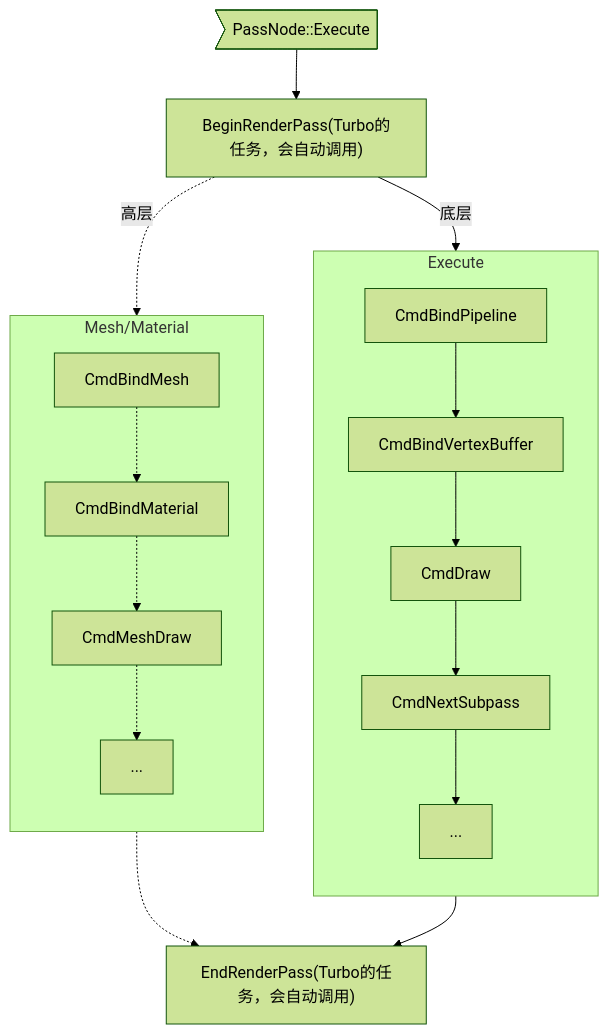
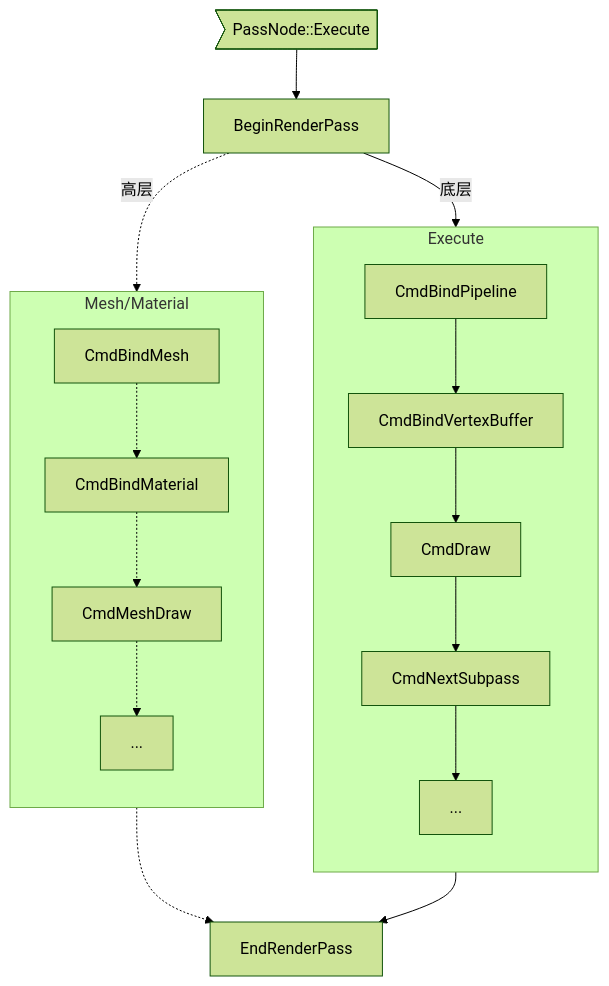
The seventh of 8 diagrams in docs/Design/FrameGraphAdvance.md (FuXiii/Turbo), drawn with Mermaid (forest theme) before and after one commit. The commit also changed other lines of this file and 1 other file, not shown here.

````diff
--- a/docs/Design/FrameGraphAdvance.md
+++ b/docs/Design/FrameGraphAdvance.md
@@ -1903,37 +1908,37 @@
 ```mermaid
 graph TD;
     PassNode>"PassNode::Execute"]
-            BeginRenderPass["BeginRenderPass(Turbo的任务，会自动调用)"]
+            BeginRenderPass["BeginRenderPass"]
                 subgraph Execute
                     direction TB
                     CmdBindPipeline[CmdBindPipeline]
                     CmdBindVertexBuffer[CmdBindVertexBuffer]
                     CmdDraw[CmdDraw]
                     CmdNextSubpass[CmdNextSubpass]
                     EtcExecute["..."]
                 end
 
                 subgraph MeshMaterial["Mesh/Material"]
                     direction TB
                     CmdBindMesh[CmdBindMesh]
                     CmdBindMaterial[CmdBindMaterial]
                     CmdMeshDraw[CmdMeshDraw]
                     EtcMeshMaterial["..."]
                 end
                 
-            EndRenderPass["EndRenderPass(Turbo的任务，会自动调用)"]
+            EndRenderPass["EndRenderPass"]
 
             PassNode-->BeginRenderPass
             BeginRenderPass--底层-->CmdBindPipeline
             CmdBindPipeline-->CmdBindVertexBuffer
             CmdBindVertexBuffer-->CmdDraw
             CmdDraw-->CmdNextSubpass
             CmdNextSubpass-->EtcExecute
             EtcExecute-->EndRenderPass
 
             BeginRenderPass-.高层.->CmdBindMesh
             CmdBindMesh-.->CmdBindMaterial
             CmdBindMaterial-.->CmdMeshDraw
             CmdMeshDraw-.->EtcMeshMaterial
             EtcMeshMaterial-.->EndRenderPass
 ```
````
